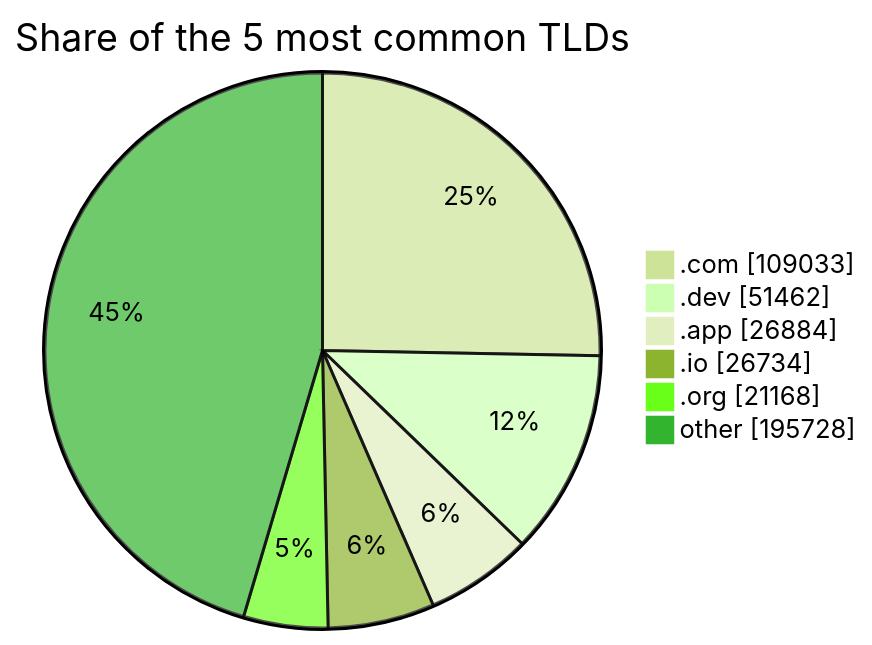
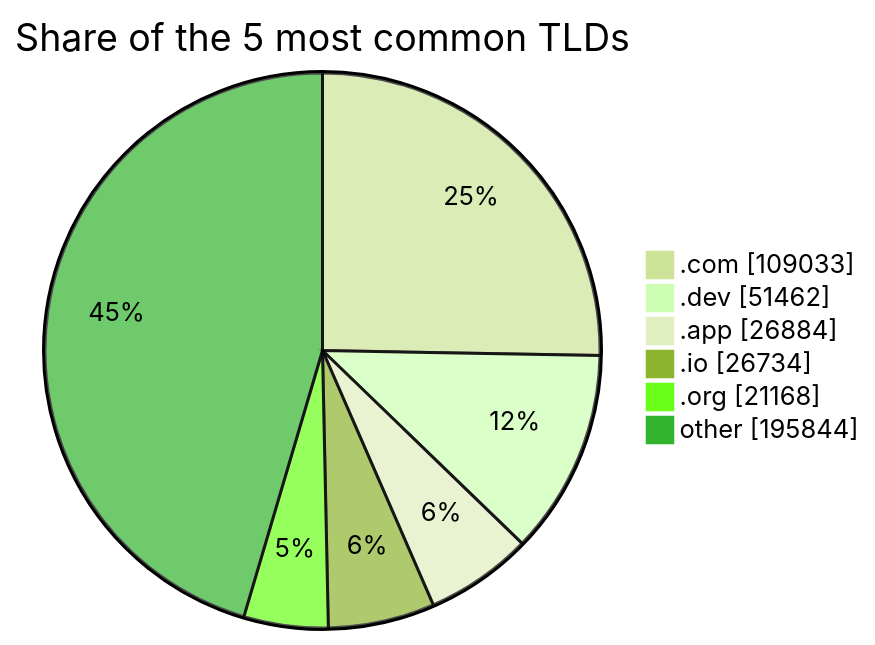
The third of 3 diagrams in README.md (DNSBunker/CTI), drawn with Mermaid (forest theme) before and after one commit. The commit also changed other lines of this file and 3 other files, not shown here.

````diff
--- a/README.md
+++ b/README.md
@@ -81,9 +81,9 @@
 ```mermaid
 pie showData title Share of the 5 most common TLDs
     ".com" : 109033
     ".dev" : 51462
     ".app" : 26884
     ".io" : 26734
     ".org" : 21168
-    "other" : 195728
+    "other" : 195844
 ```
````
